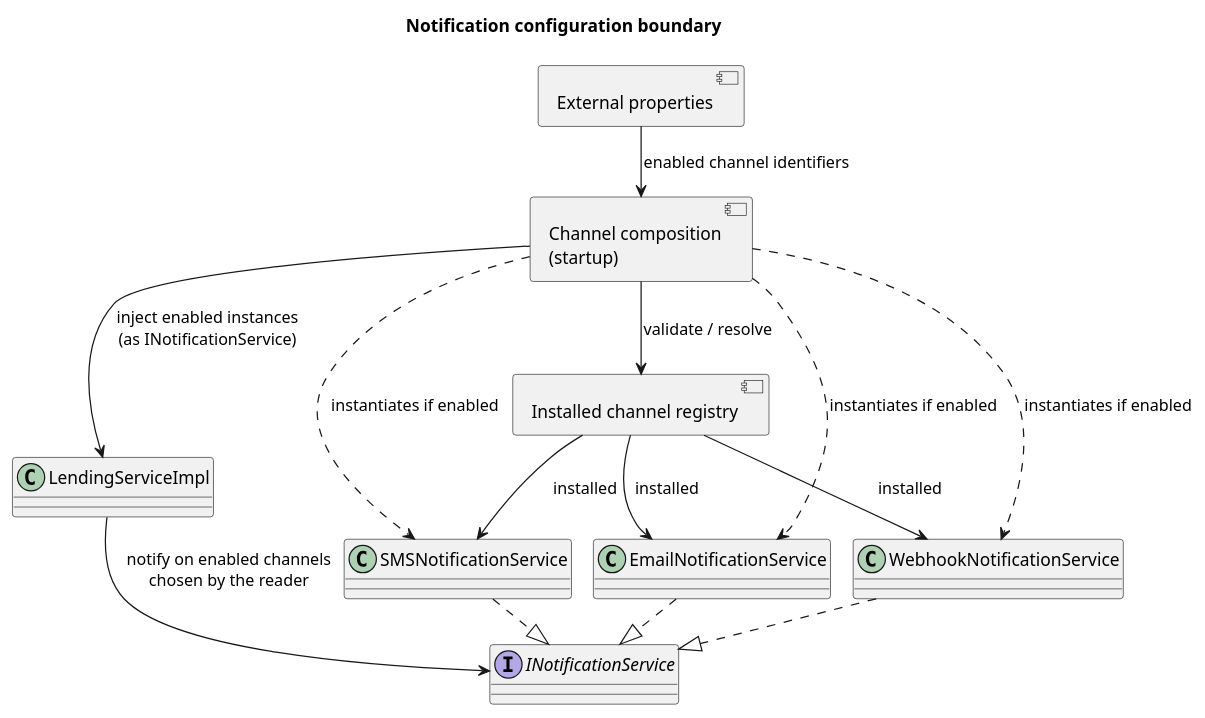
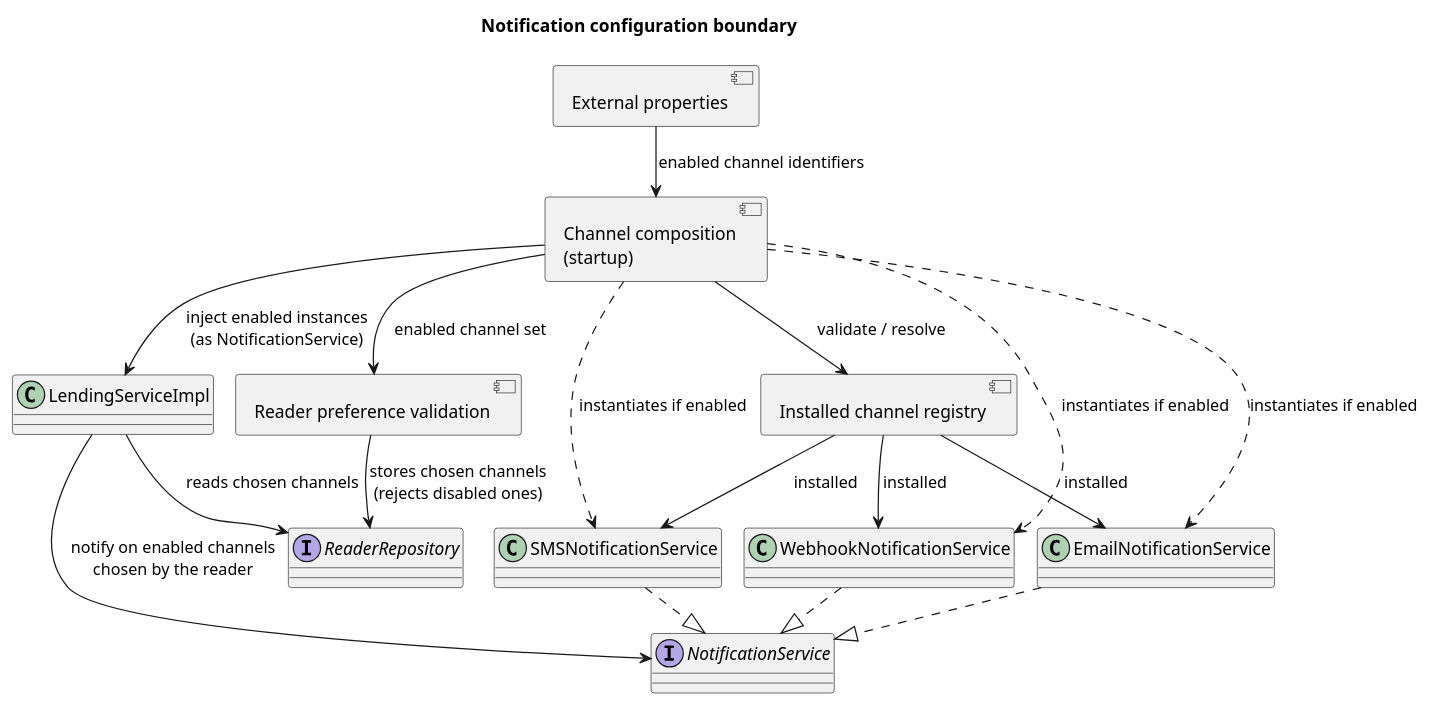
The diagram in Docs/DocsMasterDegree/system-to-be/Images/NotificationMethodsConfigurationStructure.puml (Max1124/ARQSOFT_ODSOFT_G6), drawn with PlantUML before and after one commit. The commit also changed 20 other files, not shown here.

```diff
--- a/Docs/DocsMasterDegree/system-to-be/Images/NotificationMethodsConfigurationStructure.puml
+++ b/Docs/DocsMasterDegree/system-to-be/Images/NotificationMethodsConfigurationStructure.puml
@@ -1,35 +1,41 @@
 @startuml
 !pragma layout smetana
 allowmixing
 skinparam shadowing false
 skinparam backgroundColor white
 title Notification configuration boundary
 
 component "External properties" as Properties
 component "Channel composition\n(startup)" as Composition
 component "Installed channel registry" as Registry
+component "Reader preference validation" as Preferences
 
 class LendingServiceImpl
-interface INotificationService
+interface NotificationService
 class SMSNotificationService
 class EmailNotificationService
 class WebhookNotificationService
+interface ReaderRepository
 
 Properties --> Composition : enabled channel identifiers
 Composition --> Registry : validate / resolve
 
 Registry --> SMSNotificationService : installed
 Registry --> EmailNotificationService : installed
 Registry --> WebhookNotificationService : installed
 
 Composition ..> SMSNotificationService : instantiates if enabled
 Composition ..> EmailNotificationService : instantiates if enabled
 Composition ..> WebhookNotificationService : instantiates if enabled
 
-Composition --> LendingServiceImpl : inject enabled instances\n(as INotificationService)
-LendingServiceImpl --> INotificationService : notify on enabled channels\nchosen by the reader
+Composition --> LendingServiceImpl : inject enabled instances\n(as NotificationService)
+LendingServiceImpl --> NotificationService : notify on enabled channels\nchosen by the reader
+LendingServiceImpl --> ReaderRepository : reads chosen channels
 
-SMSNotificationService ..|> INotificationService
-EmailNotificationService ..|> INotificationService
-WebhookNotificationService ..|> INotificationService
+Composition --> Preferences : enabled channel set
+Preferences --> ReaderRepository : stores chosen channels\n(rejects disabled ones)
+
+SMSNotificationService ..|> NotificationService
+EmailNotificationService ..|> NotificationService
+WebhookNotificationService ..|> NotificationService
 @enduml
```
